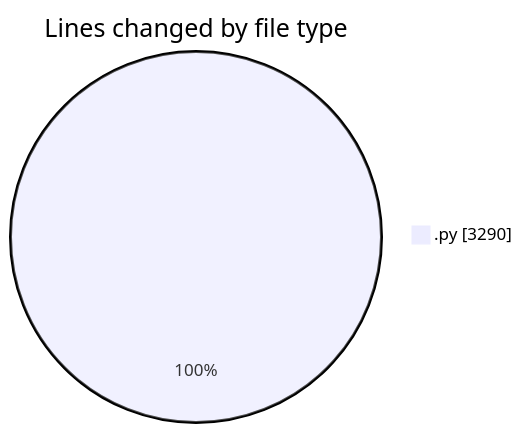
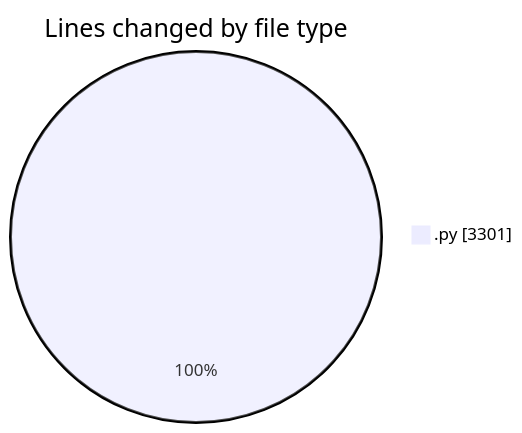
The first of 2 diagrams in 2025-11-19/eventscop-api-guide__workspace_/README.md (julien-gomy/code-tracking), drawn with Mermaid before and after one commit. The commit also changed other lines of this file and 1 other file, not shown here.

````diff
--- a/2025-11-19/eventscop-api-guide__workspace_/README.md
+++ b/2025-11-19/eventscop-api-guide__workspace_/README.md
@@ -25,5 +25,5 @@
 ```mermaid
 pie showData
 title Lines changed by file type
-".py" : 3290
+".py" : 3301
 ```
````
